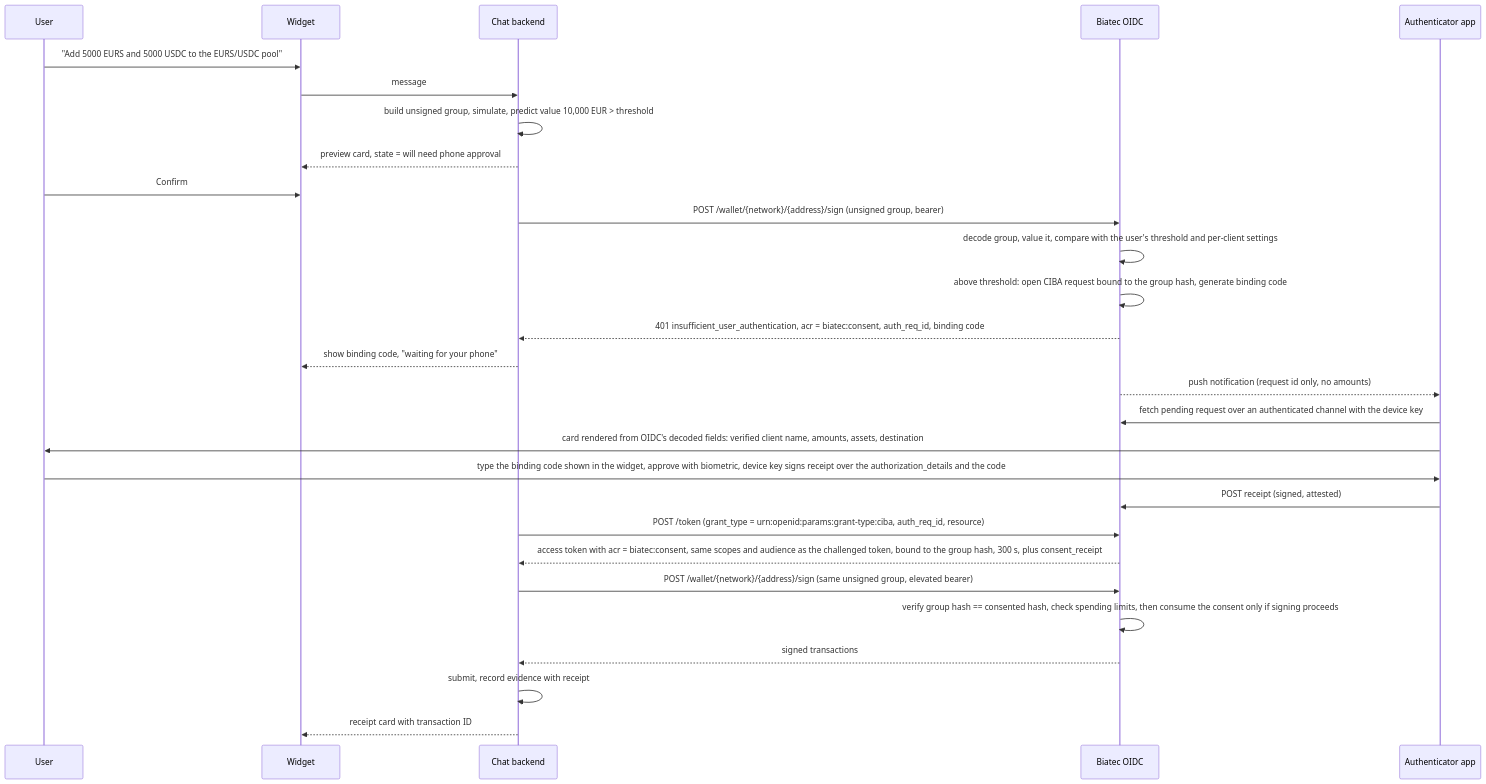
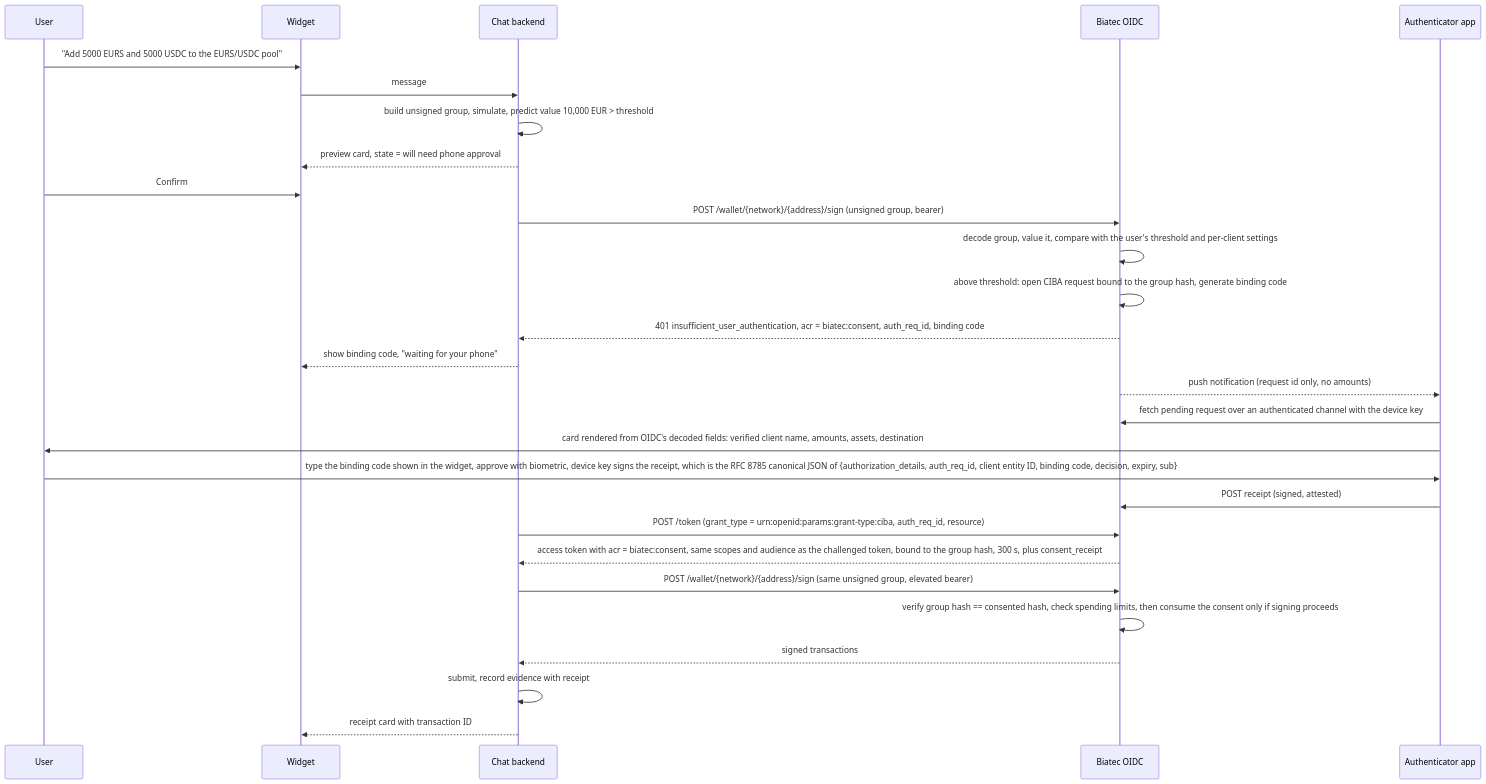
The third of 3 diagrams in PRODUCT-DESCRIPTION.md (scholtz/biatec-chat), drawn with Mermaid before and after one commit. The commit also changed other lines of this file, not shown here.

````diff
--- a/PRODUCT-DESCRIPTION.md
+++ b/PRODUCT-DESCRIPTION.md
@@ -407,31 +407,31 @@
 ```mermaid
 sequenceDiagram
     participant U as User
     participant W as Widget
     participant API as Chat backend
     participant O as Biatec OIDC
     participant A as Authenticator app
 
     U->>W: "Add 5000 EURS and 5000 USDC to the EURS/USDC pool"
     W->>API: message
     API->>API: build unsigned group, simulate, predict value 10,000 EUR > threshold
     API-->>W: preview card, state = will need phone approval
     U->>W: Confirm
     API->>O: POST /wallet/{network}/{address}/sign (unsigned group, bearer)
     O->>O: decode group, value it, compare with the user's threshold and per-client settings
     O->>O: above threshold: open CIBA request bound to the group hash, generate binding code
     O-->>API: 401 insufficient_user_authentication, acr = biatec:consent, auth_req_id, binding code
     API-->>W: show binding code, "waiting for your phone"
     O-->>A: push notification (request id only, no amounts)
     A->>O: fetch pending request over an authenticated channel with the device key
     A->>U: card rendered from OIDC's decoded fields: verified client name, amounts, assets, destination
-    U->>A: type the binding code shown in the widget, approve with biometric, device key signs receipt over the authorization_details and the code
+    U->>A: type the binding code shown in the widget, approve with biometric, device key signs the receipt, which is the RFC 8785 canonical JSON of {authorization_details, auth_req_id, client entity ID, binding code, decision, expiry, sub}
     A->>O: POST receipt (signed, attested)
     API->>O: POST /token (grant_type = urn:openid:params:grant-type:ciba, auth_req_id, resource)
     O-->>API: access token with acr = biatec:consent, same scopes and audience as the challenged token, bound to the group hash, 300 s, plus consent_receipt
     API->>O: POST /wallet/{network}/{address}/sign (same unsigned group, elevated bearer)
     O->>O: verify group hash == consented hash, check spending limits, then consume the consent only if signing proceeds
     O-->>API: signed transactions
     API->>API: submit, record evidence with receipt
     API-->>W: receipt card with transaction ID
 ```
````
